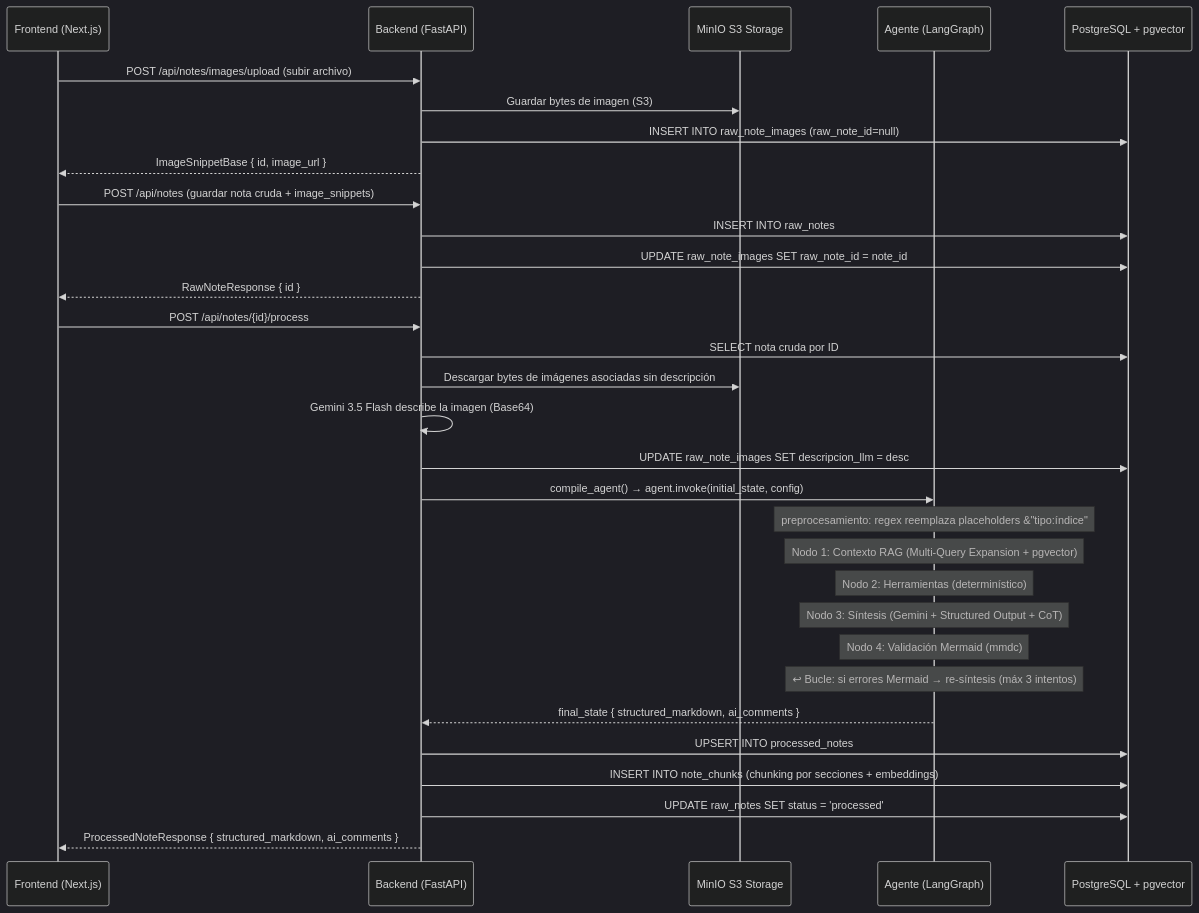
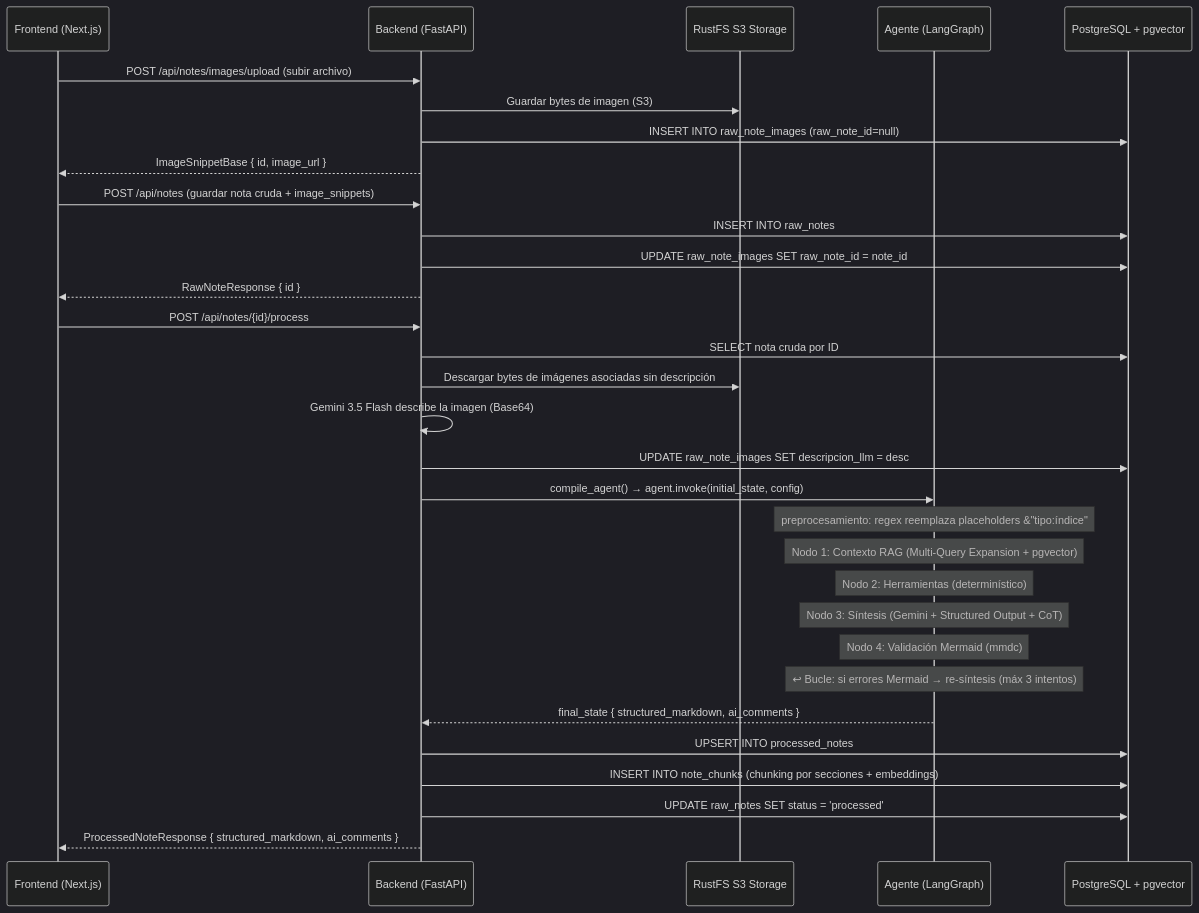
One commit to JamesKristofUbiarco/Concat-notes changed the second of 9 diagrams in docs/agent-architecture.md. Above: the diagram before and after it, drawn with Mermaid (dark theme). The commit also changed other lines of this file and 9 other files, not shown here.

Commit message:
feat: migrate object storage service from MinIO (AGPL) to RustFS (Apache 2.0)

````diff
--- a/docs/agent-architecture.md
+++ b/docs/agent-architecture.md
@@ -33,38 +33,38 @@
 ```mermaid
 sequenceDiagram
     participant FE as Frontend (Next.js)
     participant API as Backend (FastAPI)
-    participant MINIO as MinIO S3 Storage
+    participant MINIO as RustFS S3 Storage
     participant AG as Agente (LangGraph)
     participant DB as PostgreSQL + pgvector
 
     FE->>API: POST /api/notes/images/upload (subir archivo)
     API->>MINIO: Guardar bytes de imagen (S3)
     API->>DB: INSERT INTO raw_note_images (raw_note_id=null)
     API-->>FE: ImageSnippetBase { id, image_url }
 
     FE->>API: POST /api/notes (guardar nota cruda + image_snippets)
     API->>DB: INSERT INTO raw_notes
     API->>DB: UPDATE raw_note_images SET raw_note_id = note_id
     API-->>FE: RawNoteResponse { id }
 
     FE->>API: POST /api/notes/{id}/process
     API->>DB: SELECT nota cruda por ID
     API->>MINIO: Descargar bytes de imágenes asociadas sin descripción
     API->>API: Gemini 3.5 Flash describe la imagen (Base64)
     API->>DB: UPDATE raw_note_images SET descripcion_llm = desc
     API->>AG: compile_agent() → agent.invoke(initial_state, config)
 
     Note over AG: preprocesamiento: regex reemplaza placeholders &"tipo:índice"
     Note over AG: Nodo 1: Contexto RAG (Multi-Query Expansion + pgvector)
     Note over AG: Nodo 2: Herramientas (determinístico)
     Note over AG: Nodo 3: Síntesis (Gemini + Structured Output + CoT)
     Note over AG: Nodo 4: Validación Mermaid (mmdc)
     Note over AG: ↩ Bucle: si errores Mermaid → re-síntesis (máx 3 intentos)
 
     AG-->>API: final_state { structured_markdown, ai_comments }
     API->>DB: UPSERT INTO processed_notes
     API->>DB: INSERT INTO note_chunks (chunking por secciones + embeddings)
     API->>DB: UPDATE raw_notes SET status = 'processed'
     API-->>FE: ProcessedNoteResponse { structured_markdown, ai_comments }
 ```
````
